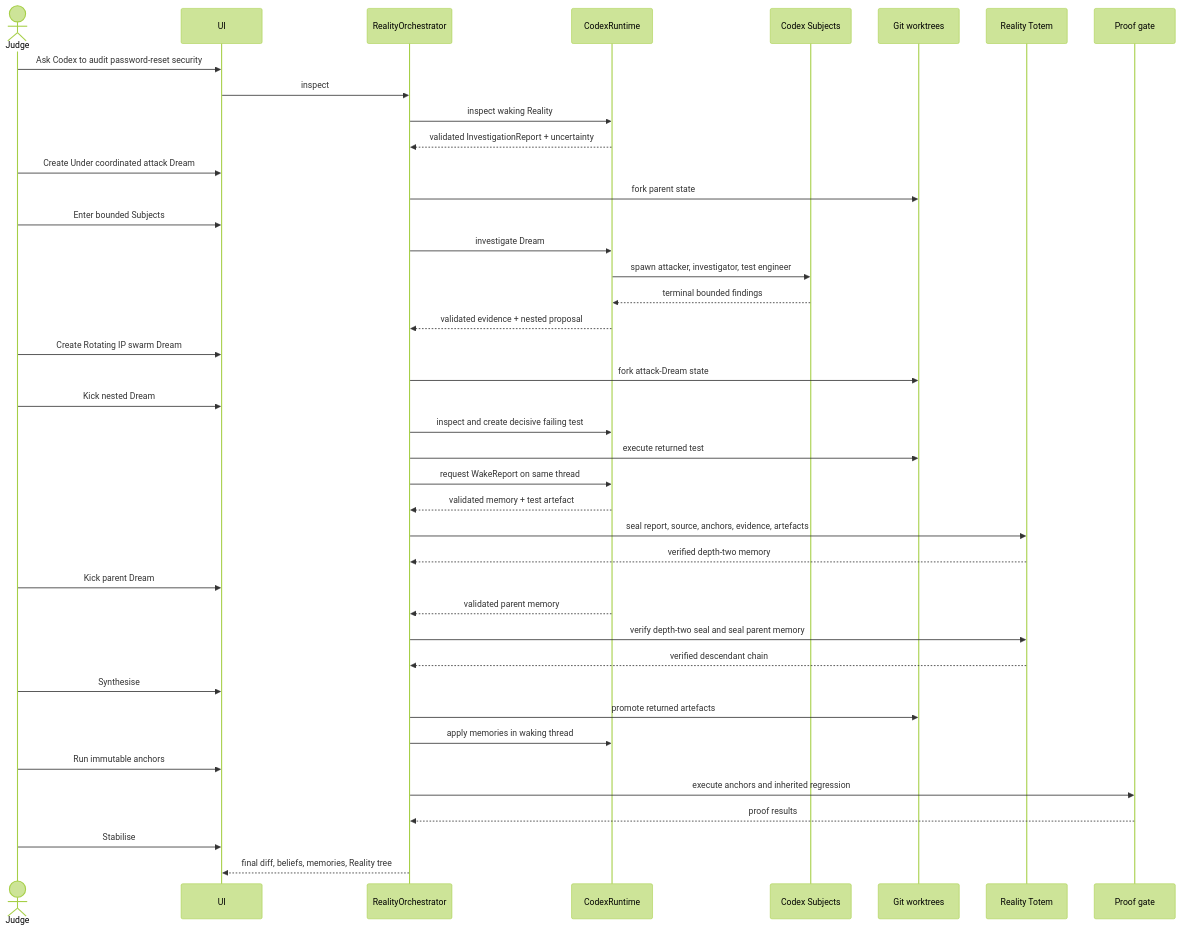
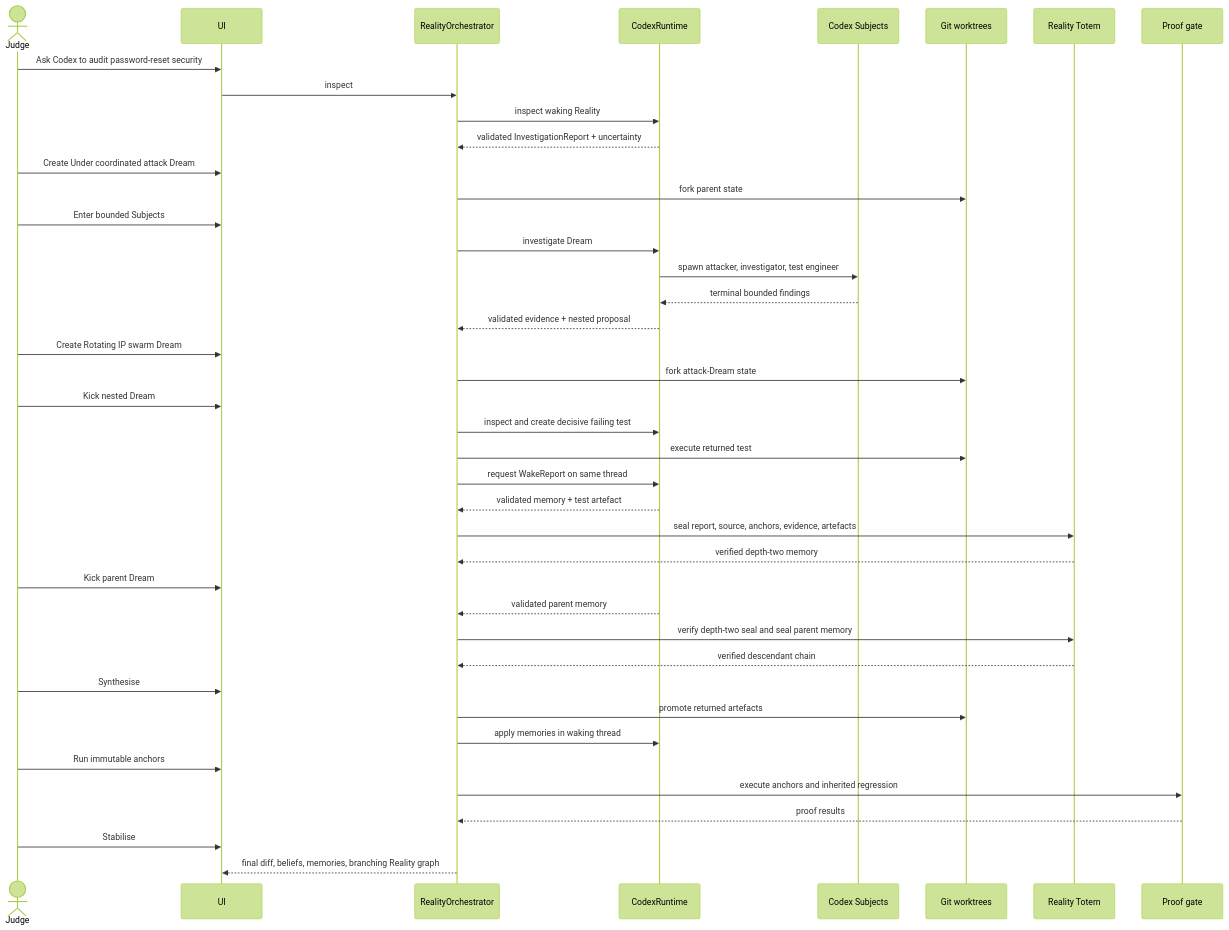
The first of 6 diagrams in docs/RUNTIME_FLOWS.md (alangunning/inception-reality-engine), drawn with Mermaid (forest theme) before and after one commit. The commit also changed other lines of this file and 55 other files, not shown here.

Commit message:
feat: complete branching reality engine

````diff
--- a/docs/RUNTIME_FLOWS.md
+++ b/docs/RUNTIME_FLOWS.md
@@ -9,44 +9,44 @@
 ```mermaid
 sequenceDiagram
   actor Judge
   participant UI
   participant O as RealityOrchestrator
   participant C as CodexRuntime
   participant S as Codex Subjects
   participant G as Git worktrees
   participant T as Reality Totem
   participant P as Proof gate
 
   Judge->>UI: Ask Codex to audit password-reset security
   UI->>O: inspect
   O->>C: inspect waking Reality
   C-->>O: validated InvestigationReport + uncertainty
   Judge->>UI: Create Under coordinated attack Dream
   O->>G: fork parent state
   Judge->>UI: Enter bounded Subjects
   O->>C: investigate Dream
   C->>S: spawn attacker, investigator, test engineer
   S-->>C: terminal bounded findings
   C-->>O: validated evidence + nested proposal
   Judge->>UI: Create Rotating IP swarm Dream
   O->>G: fork attack-Dream state
   Judge->>UI: Kick nested Dream
   O->>C: inspect and create decisive failing test
   O->>G: execute returned test
   O->>C: request WakeReport on same thread
   C-->>O: validated memory + test artefact
   O->>T: seal report, source, anchors, evidence, artefacts
   T-->>O: verified depth-two memory
   Judge->>UI: Kick parent Dream
   C-->>O: validated parent memory
   O->>T: verify depth-two seal and seal parent memory
   T-->>O: verified descendant chain
   Judge->>UI: Synthesise
   O->>G: promote returned artefacts
   O->>C: apply memories in waking thread
   Judge->>UI: Run immutable anchors
   O->>P: execute anchors and inherited regression
   P-->>O: proof results
   Judge->>UI: Stabilise
-  O-->>UI: final diff, beliefs, memories, Reality tree
+  O-->>UI: final diff, beliefs, memories, branching Reality graph
 ```
````
